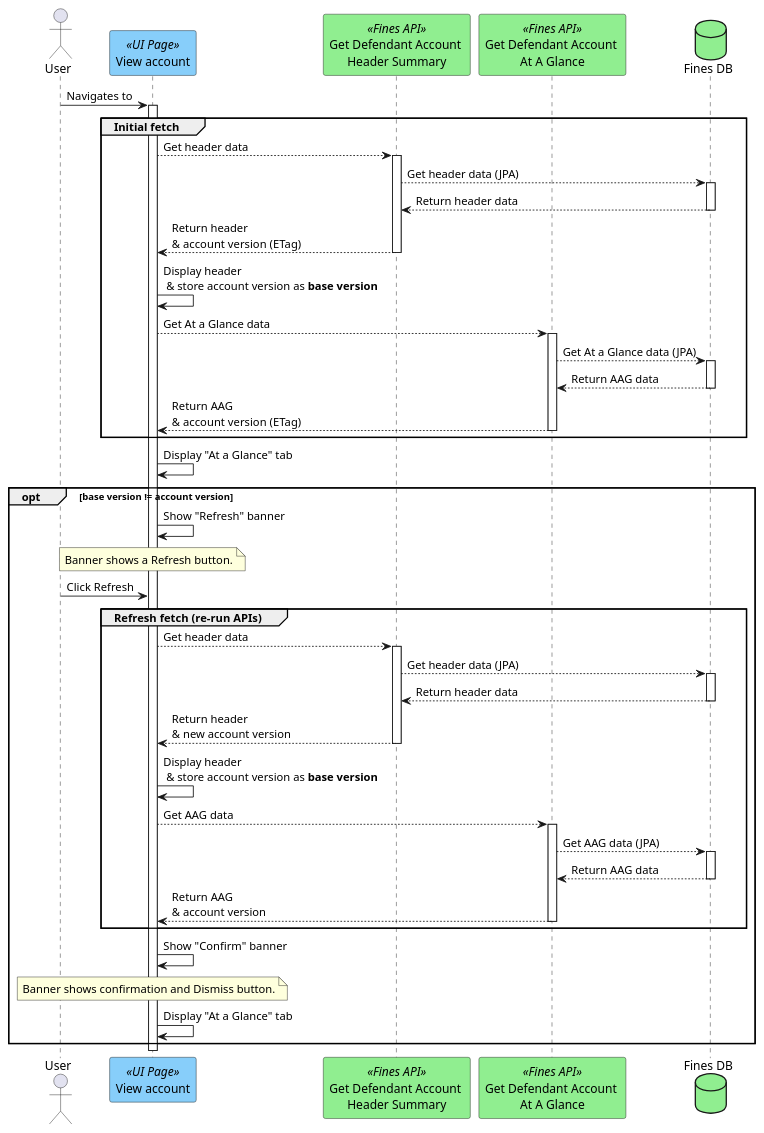
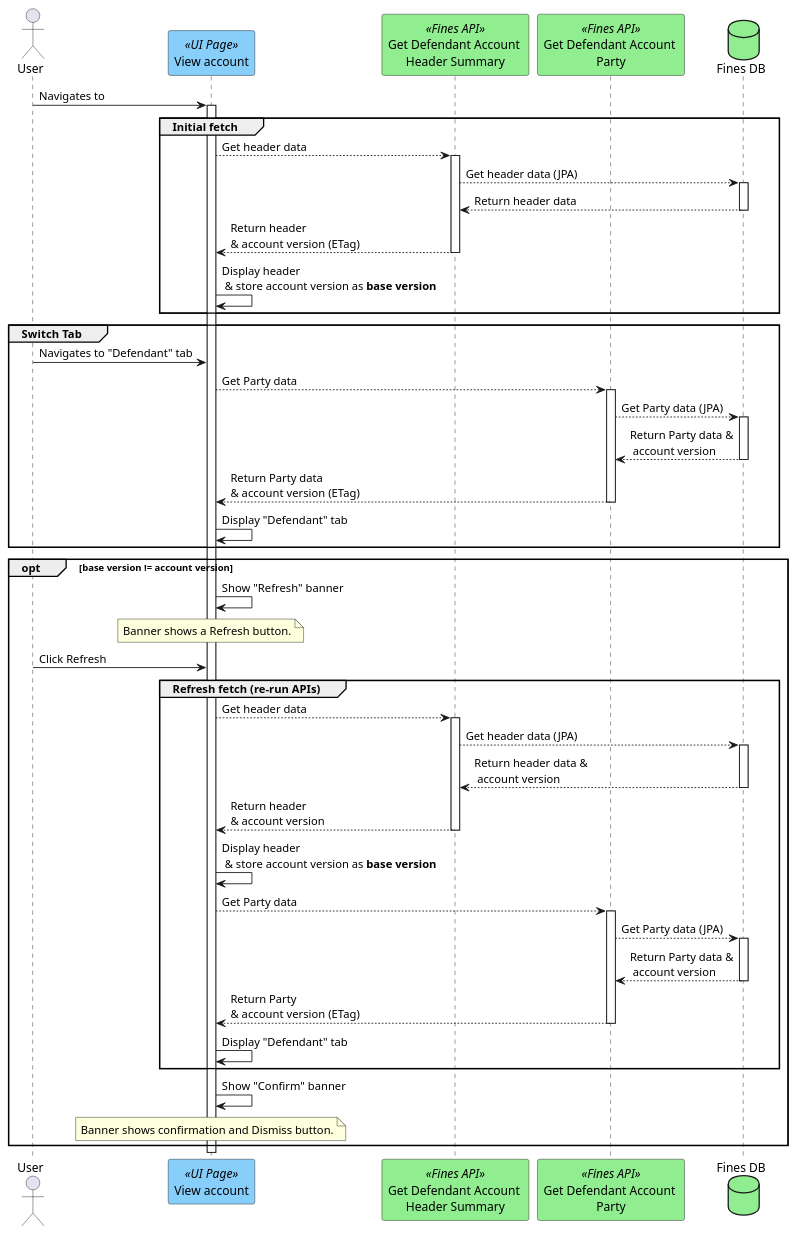
One commit to hmcts/opal-docs changed the diagram in plantUML/fae-concurency-error-handling/fae-account-header-summary-version-opal.puml. Above: the diagram before and after it, drawn with PlantUML. The commit also changed 1 other file, not shown here.

Commit message:
fae concurrency and eh diagrams

```diff
--- a/plantUML/fae-concurency-error-handling/fae-account-header-summary-version-opal.puml
+++ b/plantUML/fae-concurency-error-handling/fae-account-header-summary-version-opal.puml
@@ -1,54 +1,53 @@
 @startuml
 actor "User" as user
 participant "View account" as viewAccount <<UI Page>> #lightskyblue
 participant "Get Defendant Account \nHeader Summary" as getHeaderApi <<Fines API>> #lightgreen
-participant "Get Defendant Account \nAt A Glance" as getAAGApi <<Fines API>> #lightgreen
+participant "Get Defendant Account \nParty" as getPartyApi <<Fines API>> #lightgreen
 database "Fines DB" as db #lightgreen
 
 user ->  viewAccount ++ : Navigates to
 
 group Initial fetch
   viewAccount --> getHeaderApi ++: Get header data
   getHeaderApi --> db ++ : Get header data (JPA)
   db --> getHeaderApi : Return header data
   deactivate db
   getHeaderApi --> viewAccount : Return header \n& account version (ETag)
   deactivate getHeaderApi
   viewAccount -> viewAccount : Display header\n & store account version as <b>base version</b>
-  viewAccount --> getAAGApi ++: Get At a Glance data
-  getAAGApi --> db ++ : Get At a Glance data (JPA)
-  db --> getAAGApi : Return AAG data
-  deactivate db
-  getAAGApi --> viewAccount : Return AAG \n& account version (ETag)
-  deactivate getAAGApi
 end
-viewAccount -> viewAccount : Display "At a Glance" tab
+group Switch Tab
+user -> viewAccount :Navigates to "Defendant" tab
+    viewAccount --> getPartyApi ++: Get Party data
+    getPartyApi --> db ++ : Get Party data (JPA)
+    db --> getPartyApi --: Return Party data &\n account version
+    getPartyApi --> viewAccount -- : Return Party data\n& account version (ETag)
+    viewAccount -> viewAccount : Display "Defendant" tab
+end
 opt base version != account version
   viewAccount -> viewAccount : Show "Refresh" banner
   note over viewAccount
     Banner shows a Refresh button.
   end note
     user -> viewAccount : Click Refresh
     group Refresh fetch (re-run APIs)
       viewAccount --> getHeaderApi ++: Get header data
       getHeaderApi --> db ++ : Get header data (JPA)
-      db --> getHeaderApi : Return header data
+      db --> getHeaderApi : Return header data &\n account version
       deactivate db
-      getHeaderApi --> viewAccount : Return header\n& new account version
+      getHeaderApi --> viewAccount : Return header\n& account version
       deactivate getHeaderApi
       viewAccount -> viewAccount : Display header\n & store account version as <b>base version</b>
-      viewAccount --> getAAGApi ++: Get AAG data
-      getAAGApi --> db ++ : Get AAG data (JPA)
-      db --> getAAGApi : Return AAG data
-      deactivate db
-      getAAGApi --> viewAccount : Return AAG \n& account version
-      deactivate getAAGApi
+      viewAccount --> getPartyApi ++: Get Party data
+      getPartyApi --> db ++ : Get Party data (JPA)
+      db --> getPartyApi --: Return Party data &\n account version
+      getPartyApi --> viewAccount --: Return Party \n& account version (ETag)
+      viewAccount -> viewAccount : Display "Defendant" tab
     end
     viewAccount -> viewAccount : Show "Confirm" banner
       note over viewAccount
         Banner shows confirmation and Dismiss button.
       end note
-    viewAccount -> viewAccount : Display "At a Glance" tab
 end
 
 @enduml
```
